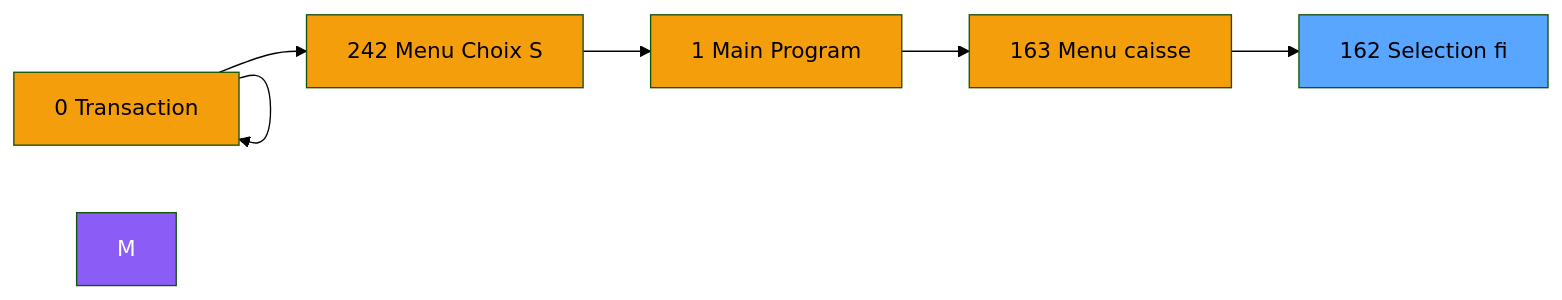
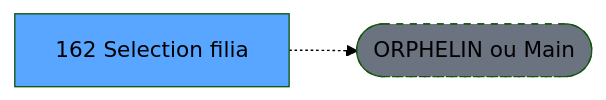
One commit to thonyAGP/lecteur-magic changed the second of 3 diagrams in .openspec/renders/ADH-IDE-162.md. Above: the diagram before and after it, drawn with Mermaid (forest theme). The commit also changed other lines of this file and 701 other files, not shown here.

````diff
--- a/.openspec/renders/ADH-IDE-162.md
+++ b/.openspec/renders/ADH-IDE-162.md
@@ -122,21 +118,8 @@
 ```mermaid
 graph LR
-    N0[0 Transaction ]
-    N0[0 Transaction ]
-    N242[242 Menu Choix S]
-    N1[1 Main Program]
-    N163[163 Menu caisse ]
-    T[162 Selection fi]
-    N0 --> N0
-    N0 --> N242
-    N242 --> N1
-    N1 --> N163
-    N163 --> T
-    style M fill:#8b5cf6,color:#fff
-    style N0 fill:#f59e0b
-    style N0 fill:#f59e0b
-    style N242 fill:#f59e0b
-    style N1 fill:#f59e0b
-    style N163 fill:#f59e0b
+    T[162 Selection filia]
+    ORPHAN([ORPHELIN ou Main])
+    T -.-> ORPHAN
     style T fill:#58a6ff,color:#000
+    style ORPHAN fill:#6b7280,stroke-dasharray: 5 5
 ```
````
